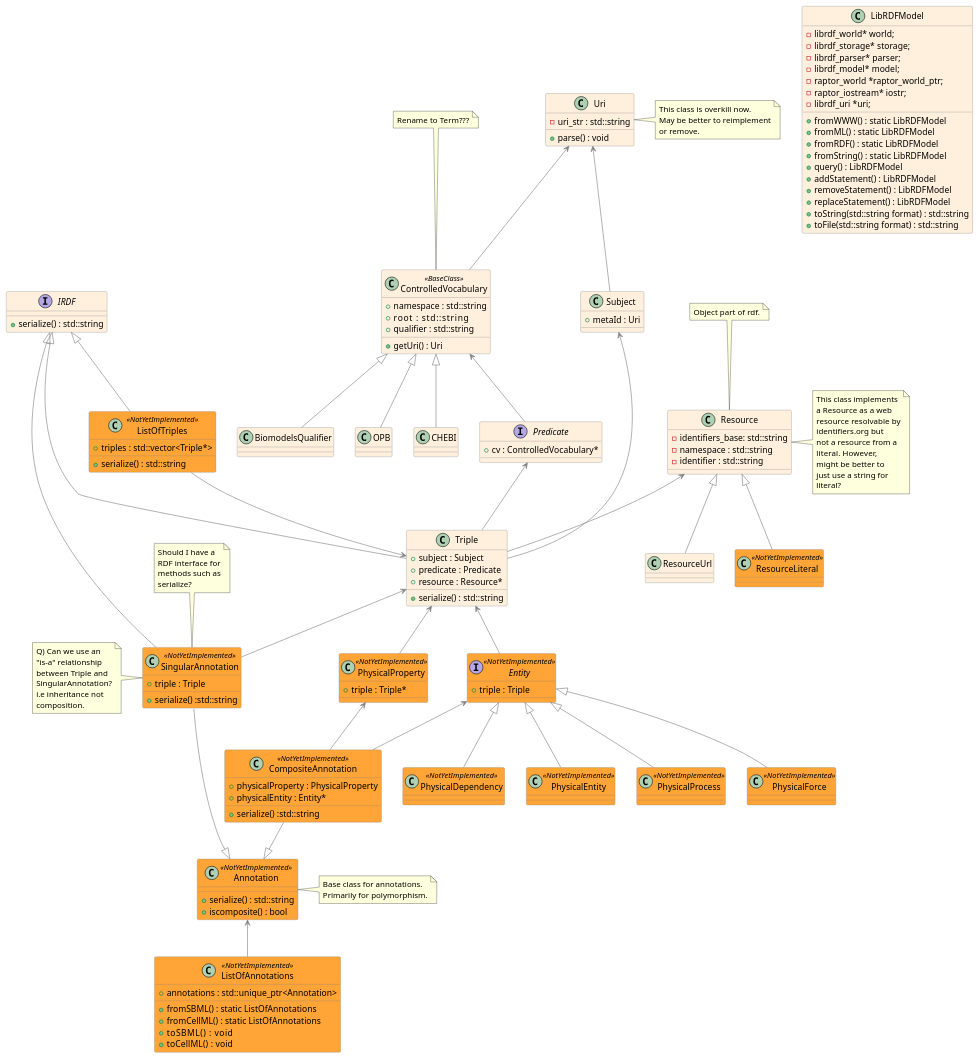
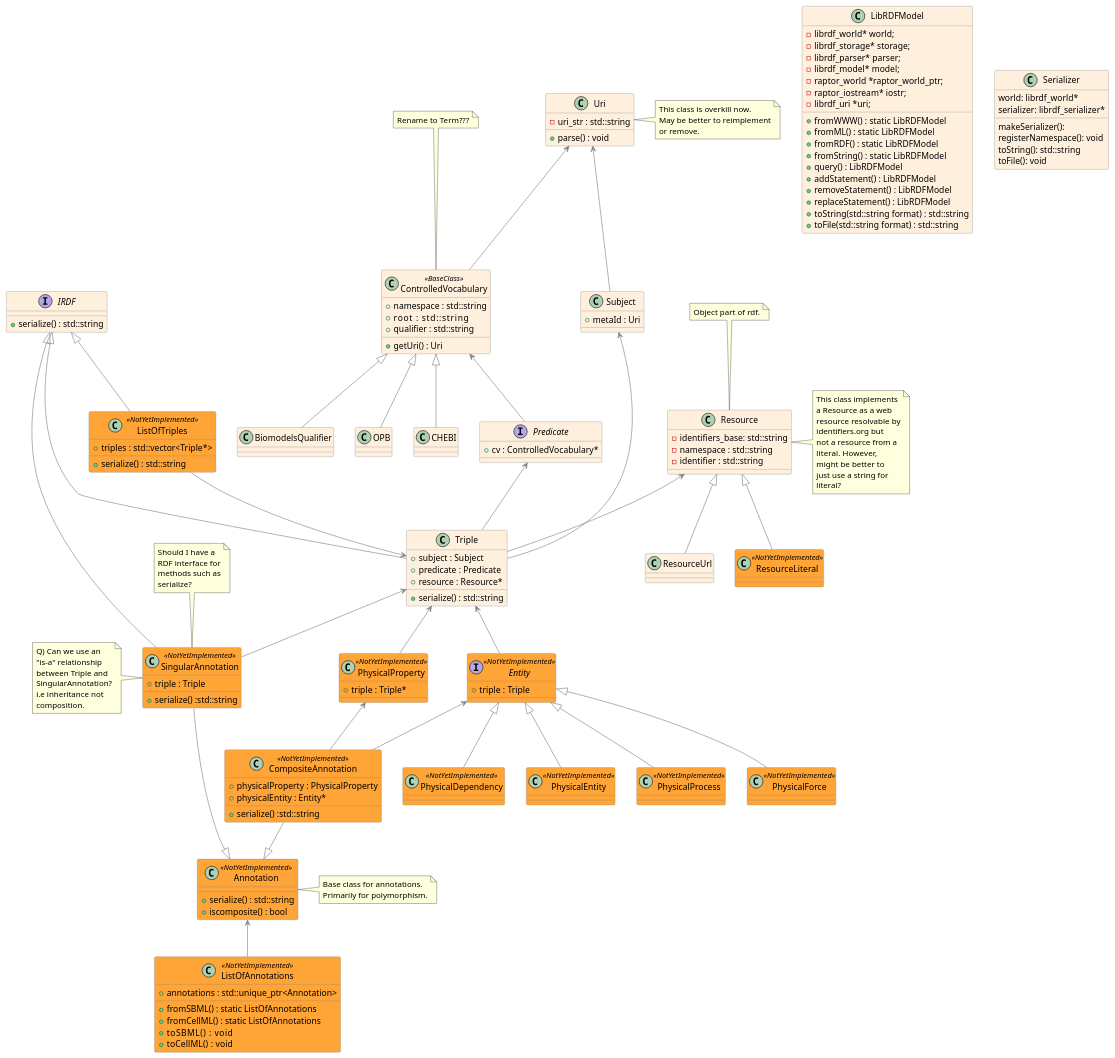
The diagram in Design/CiaransDesign.puml (sys-bio/libOmexMeta), drawn with PlantUML before and after one commit. The commit also changed 15 other files, not shown here.

```diff
--- a/Design/CiaransDesign.puml
+++ b/Design/CiaransDesign.puml
@@ -201,6 +201,16 @@
 
 }
 
+class Serializer {
+    world: librdf_world*
+    serializer: librdf_serializer*
+
+    makeSerializer():
+    registerNamespace(): void
+    toString(): std::string
+    toFile(): void
+}
+
 
 
 
```
